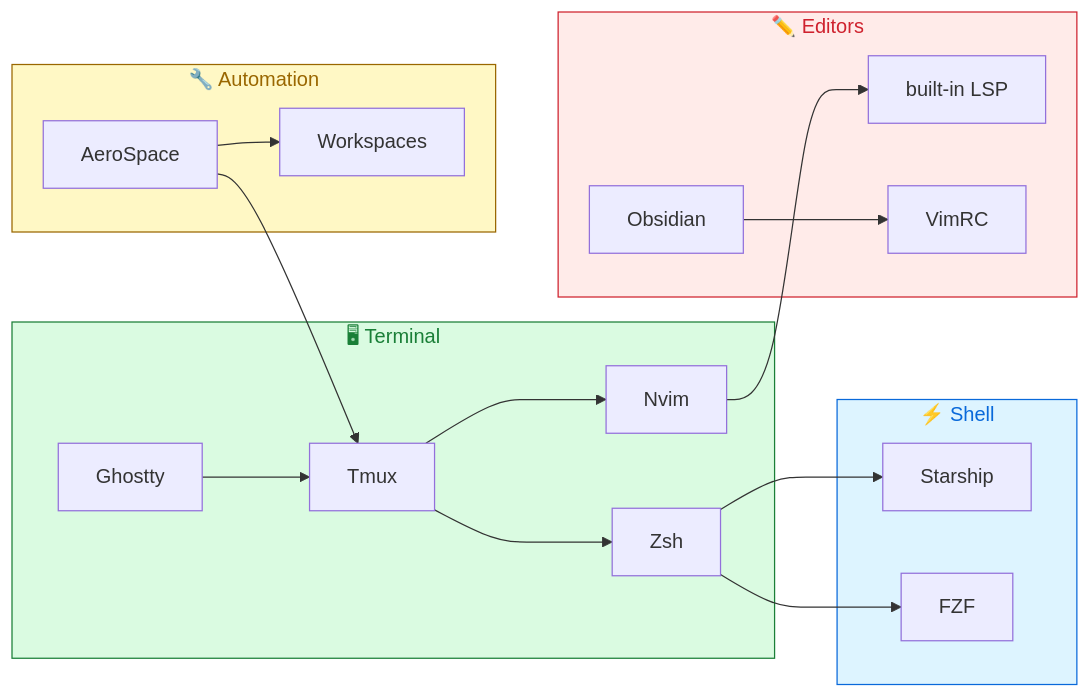
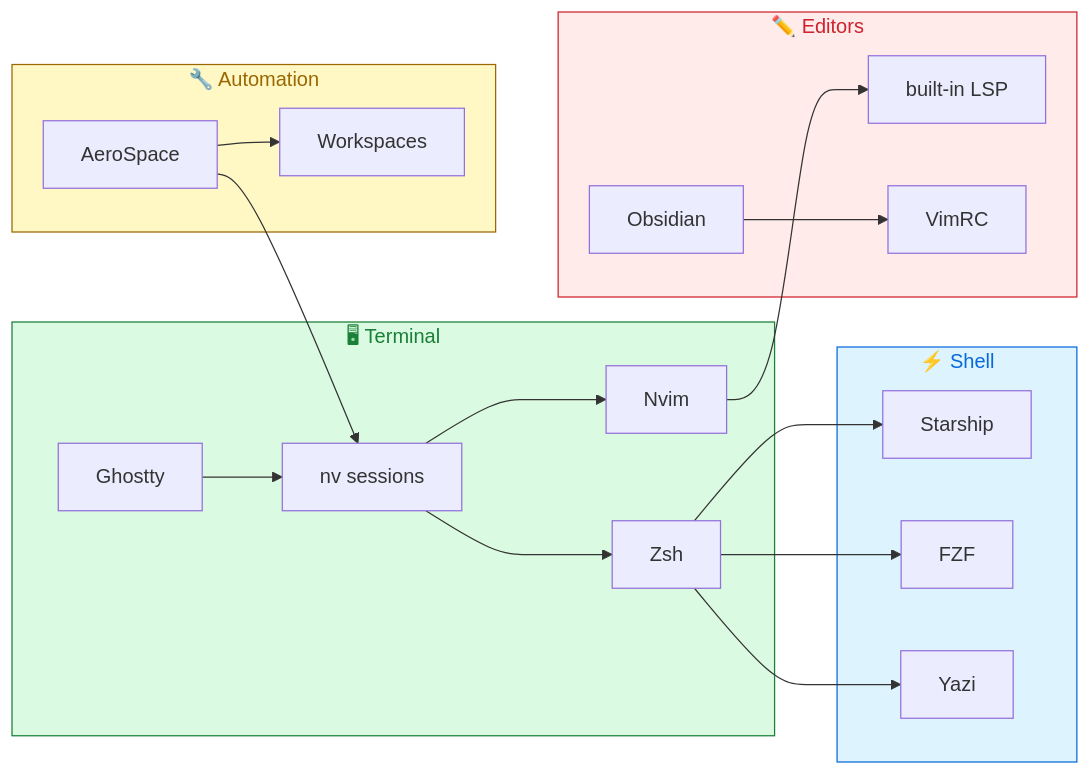
The diagram in README.md (snesjhon/dotfiles), drawn with Mermaid before and after one commit. The commit also changed other lines of this file and 16 other files, not shown here.

````diff
--- a/README.md
+++ b/README.md
@@ -41,28 +39,29 @@
 ```mermaid
 graph LR
     subgraph Terminal["🖥 Terminal"]
-        Ghostty --> Tmux
-        Tmux --> Zsh
-        Tmux --> Nvim
+        Ghostty --> Sessions["nv sessions"]
+        Sessions --> Zsh
+        Sessions --> Nvim
     end
 
     subgraph Shell["⚡ Shell"]
         Zsh --> Starship
         Zsh --> FZF
+        Zsh --> Yazi
     end
 
     subgraph Automation["🔧 Automation"]
         AeroSpace --> Workspaces
-        AeroSpace --> Tmux
+        AeroSpace --> Sessions
     end
 
     subgraph Editors["✏️ Editors"]
         Nvim --> LSP["built-in LSP"]
         Obsidian --> VimRC
     end
 
     style Terminal fill:#dafbe1,stroke:#1a7f37,color:#1a7f37
     style Shell fill:#ddf4ff,stroke:#0969da,color:#0969da
     style Automation fill:#fff8c5,stroke:#9a6700,color:#9a6700
     style Editors fill:#ffebe9,stroke:#cf222e,color:#cf222e
 ```
````
